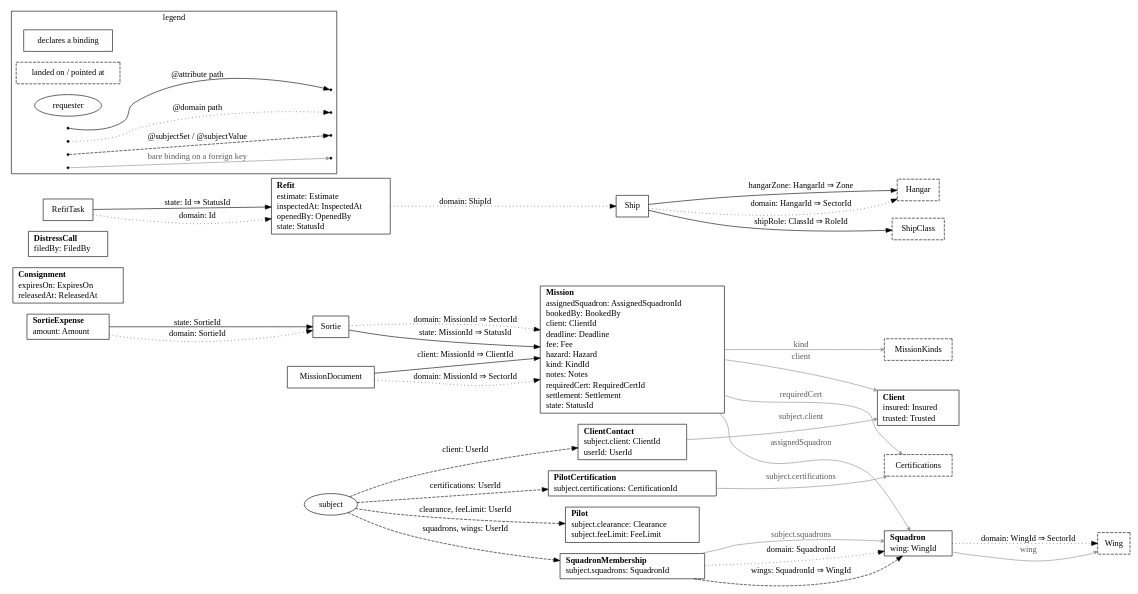
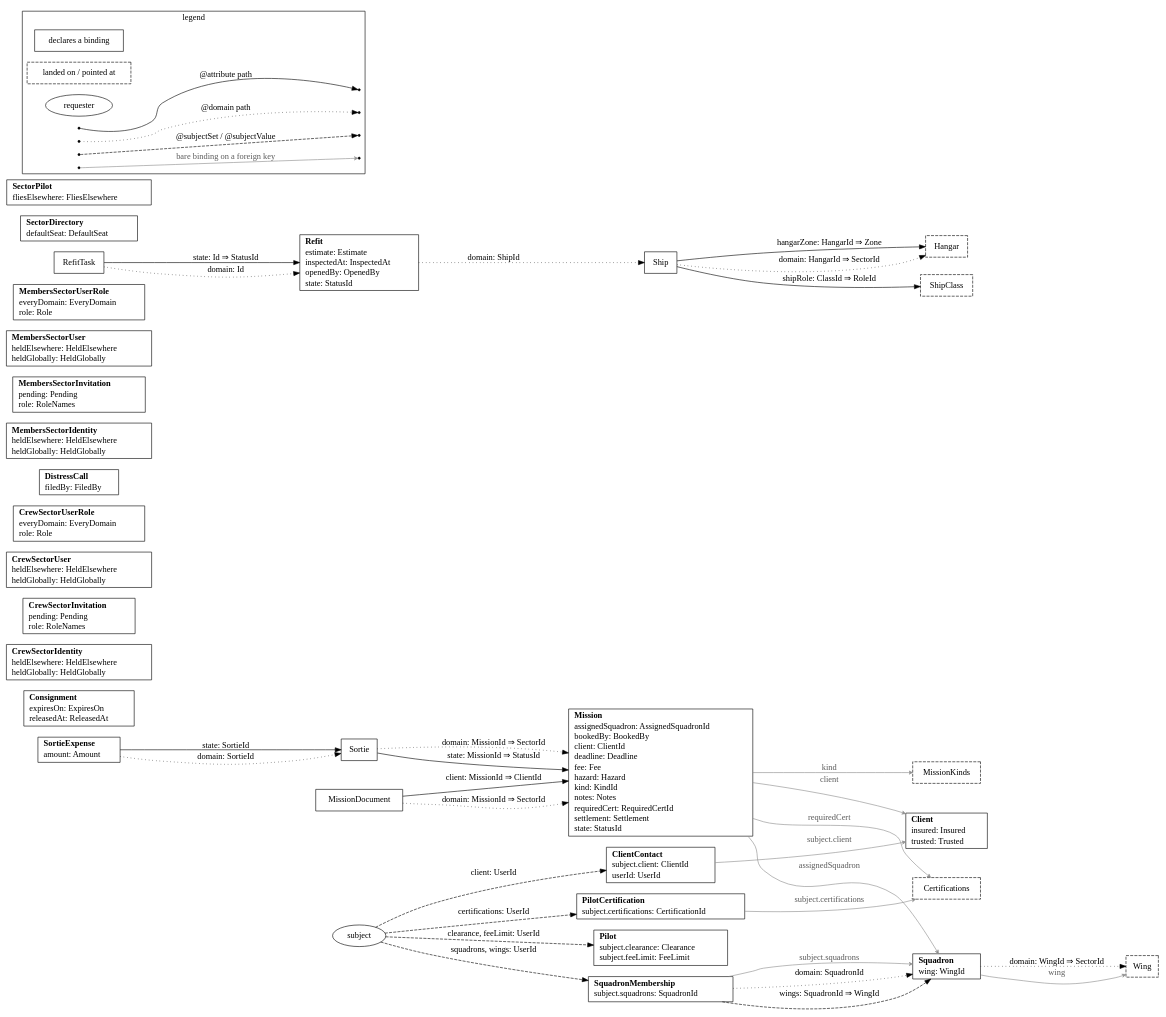
Before and after one commit to impulseframework/impulse: the diagram in lodestar/pkg/resources/zz_gen_bindings.dot, drawn with Graphviz. The commit also changed 1600 other files, not shown here.

```diff
--- a/lodestar/pkg/resources/zz_gen_bindings.dot
+++ b/lodestar/pkg/resources/zz_gen_bindings.dot
@@ -1,80 +1,90 @@
 // Code generated by resourcegeneration. DO NOT EDIT.
 // Bindings: every attribute and subject binding this package declares. A box per
 // declaring resource lists its bare bindings as `name: column`; dashed boxes are
 // the tables a path lands on or a foreign key points at; the subject ellipse is
 // the requester, entering each anchor once with every name it yields there. One
 // edge per hop, drawn once however many paths share it: solid for @attribute,
 // dotted for @domain, dashed for a subject binding, labeled `name: column` on a
 // continuing hop and `name: column ⇒ column` where the path terminates; a thin
 // grey edge points a bare binding on a foreign key at its table. Facts only: no
 // grant or condition is drawn.
 digraph Bindings {
 	rankdir=LR;
 	node [shape=box];
 	"Client" [label=<<table border="0" cellborder="0" cellspacing="0" cellpadding="1"><tr><td align="left"><b>Client</b></td></tr><tr><td align="left">insured: Insured</td></tr><tr><td align="left">trusted: Trusted</td></tr></table>>];
 	"ClientContact" [label=<<table border="0" cellborder="0" cellspacing="0" cellpadding="1"><tr><td align="left"><b>ClientContact</b></td></tr><tr><td align="left">subject.client: ClientId</td></tr><tr><td align="left">userId: UserId</td></tr></table>>];
 	"Consignment" [label=<<table border="0" cellborder="0" cellspacing="0" cellpadding="1"><tr><td align="left"><b>Consignment</b></td></tr><tr><td align="left">expiresOn: ExpiresOn</td></tr><tr><td align="left">releasedAt: ReleasedAt</td></tr></table>>];
+	"CrewSectorIdentity" [label=<<table border="0" cellborder="0" cellspacing="0" cellpadding="1"><tr><td align="left"><b>CrewSectorIdentity</b></td></tr><tr><td align="left">heldElsewhere: HeldElsewhere</td></tr><tr><td align="left">heldGlobally: HeldGlobally</td></tr></table>>];
+	"CrewSectorInvitation" [label=<<table border="0" cellborder="0" cellspacing="0" cellpadding="1"><tr><td align="left"><b>CrewSectorInvitation</b></td></tr><tr><td align="left">pending: Pending</td></tr><tr><td align="left">role: RoleNames</td></tr></table>>];
+	"CrewSectorUser" [label=<<table border="0" cellborder="0" cellspacing="0" cellpadding="1"><tr><td align="left"><b>CrewSectorUser</b></td></tr><tr><td align="left">heldElsewhere: HeldElsewhere</td></tr><tr><td align="left">heldGlobally: HeldGlobally</td></tr></table>>];
+	"CrewSectorUserRole" [label=<<table border="0" cellborder="0" cellspacing="0" cellpadding="1"><tr><td align="left"><b>CrewSectorUserRole</b></td></tr><tr><td align="left">everyDomain: EveryDomain</td></tr><tr><td align="left">role: Role</td></tr></table>>];
 	"DistressCall" [label=<<table border="0" cellborder="0" cellspacing="0" cellpadding="1"><tr><td align="left"><b>DistressCall</b></td></tr><tr><td align="left">filedBy: FiledBy</td></tr></table>>];
+	"MembersSectorIdentity" [label=<<table border="0" cellborder="0" cellspacing="0" cellpadding="1"><tr><td align="left"><b>MembersSectorIdentity</b></td></tr><tr><td align="left">heldElsewhere: HeldElsewhere</td></tr><tr><td align="left">heldGlobally: HeldGlobally</td></tr></table>>];
+	"MembersSectorInvitation" [label=<<table border="0" cellborder="0" cellspacing="0" cellpadding="1"><tr><td align="left"><b>MembersSectorInvitation</b></td></tr><tr><td align="left">pending: Pending</td></tr><tr><td align="left">role: RoleNames</td></tr></table>>];
+	"MembersSectorUser" [label=<<table border="0" cellborder="0" cellspacing="0" cellpadding="1"><tr><td align="left"><b>MembersSectorUser</b></td></tr><tr><td align="left">heldElsewhere: HeldElsewhere</td></tr><tr><td align="left">heldGlobally: HeldGlobally</td></tr></table>>];
+	"MembersSectorUserRole" [label=<<table border="0" cellborder="0" cellspacing="0" cellpadding="1"><tr><td align="left"><b>MembersSectorUserRole</b></td></tr><tr><td align="left">everyDomain: EveryDomain</td></tr><tr><td align="left">role: Role</td></tr></table>>];
 	"Mission" [label=<<table border="0" cellborder="0" cellspacing="0" cellpadding="1"><tr><td align="left"><b>Mission</b></td></tr><tr><td align="left">assignedSquadron: AssignedSquadronId</td></tr><tr><td align="left">bookedBy: BookedBy</td></tr><tr><td align="left">client: ClientId</td></tr><tr><td align="left">deadline: Deadline</td></tr><tr><td align="left">fee: Fee</td></tr><tr><td align="left">hazard: Hazard</td></tr><tr><td align="left">kind: KindId</td></tr><tr><td align="left">notes: Notes</td></tr><tr><td align="left">requiredCert: RequiredCertId</td></tr><tr><td align="left">settlement: Settlement</td></tr><tr><td align="left">state: StatusId</td></tr></table>>];
 	"MissionDocument";
 	"Pilot" [label=<<table border="0" cellborder="0" cellspacing="0" cellpadding="1"><tr><td align="left"><b>Pilot</b></td></tr><tr><td align="left">subject.clearance: Clearance</td></tr><tr><td align="left">subject.feeLimit: FeeLimit</td></tr></table>>];
 	"PilotCertification" [label=<<table border="0" cellborder="0" cellspacing="0" cellpadding="1"><tr><td align="left"><b>PilotCertification</b></td></tr><tr><td align="left">subject.certifications: CertificationId</td></tr></table>>];
 	"Refit" [label=<<table border="0" cellborder="0" cellspacing="0" cellpadding="1"><tr><td align="left"><b>Refit</b></td></tr><tr><td align="left">estimate: Estimate</td></tr><tr><td align="left">inspectedAt: InspectedAt</td></tr><tr><td align="left">openedBy: OpenedBy</td></tr><tr><td align="left">state: StatusId</td></tr></table>>];
 	"RefitTask";
+	"SectorDirectory" [label=<<table border="0" cellborder="0" cellspacing="0" cellpadding="1"><tr><td align="left"><b>SectorDirectory</b></td></tr><tr><td align="left">defaultSeat: DefaultSeat</td></tr></table>>];
+	"SectorPilot" [label=<<table border="0" cellborder="0" cellspacing="0" cellpadding="1"><tr><td align="left"><b>SectorPilot</b></td></tr><tr><td align="left">fliesElsewhere: FliesElsewhere</td></tr></table>>];
 	"Ship";
 	"Sortie";
 	"SortieExpense" [label=<<table border="0" cellborder="0" cellspacing="0" cellpadding="1"><tr><td align="left"><b>SortieExpense</b></td></tr><tr><td align="left">amount: Amount</td></tr></table>>];
 	"Squadron" [label=<<table border="0" cellborder="0" cellspacing="0" cellpadding="1"><tr><td align="left"><b>Squadron</b></td></tr><tr><td align="left">wing: WingId</td></tr></table>>];
 	"SquadronMembership" [label=<<table border="0" cellborder="0" cellspacing="0" cellpadding="1"><tr><td align="left"><b>SquadronMembership</b></td></tr><tr><td align="left">subject.squadrons: SquadronId</td></tr></table>>];
 	"Certifications" [style=dashed];
 	"Hangar" [style=dashed];
 	"MissionKinds" [style=dashed];
 	"ShipClass" [style=dashed];
 	"Wing" [style=dashed];
 	"subject" [shape=ellipse];
 	"MissionDocument" -> "Mission" [label="client: MissionId ⇒ ClientId"];
 	"RefitTask" -> "Refit" [label="state: Id ⇒ StatusId"];
 	"Ship" -> "Hangar" [label="hangarZone: HangarId ⇒ Zone"];
 	"Ship" -> "ShipClass" [label="shipRole: ClassId ⇒ RoleId"];
 	"Sortie" -> "Mission" [label="state: MissionId ⇒ StatusId"];
 	"SortieExpense" -> "Sortie" [label="state: SortieId"];
 	"MissionDocument" -> "Mission" [style=dotted, label="domain: MissionId ⇒ SectorId"];
 	"Refit" -> "Ship" [style=dotted, label="domain: ShipId"];
 	"RefitTask" -> "Refit" [style=dotted, label="domain: Id"];
 	"Ship" -> "Hangar" [style=dotted, label="domain: HangarId ⇒ SectorId"];
 	"Sortie" -> "Mission" [style=dotted, label="domain: MissionId ⇒ SectorId"];
 	"SortieExpense" -> "Sortie" [style=dotted, label="domain: SortieId"];
 	"Squadron" -> "Wing" [style=dotted, label="domain: WingId ⇒ SectorId"];
 	"SquadronMembership" -> "Squadron" [style=dotted, label="domain: SquadronId"];
 	"SquadronMembership" -> "Squadron" [style=dashed, label="wings: SquadronId ⇒ WingId"];
 	"subject" -> "ClientContact" [style=dashed, label="client: UserId"];
 	"subject" -> "Pilot" [style=dashed, label="clearance, feeLimit: UserId"];
 	"subject" -> "PilotCertification" [style=dashed, label="certifications: UserId"];
 	"subject" -> "SquadronMembership" [style=dashed, label="squadrons, wings: UserId"];
 	"ClientContact" -> "Client" [color=gray55, fontcolor=gray35, arrowhead=vee, arrowsize=0.6, label="subject.client"];
 	"Mission" -> "Certifications" [color=gray55, fontcolor=gray35, arrowhead=vee, arrowsize=0.6, label="requiredCert"];
 	"Mission" -> "Client" [color=gray55, fontcolor=gray35, arrowhead=vee, arrowsize=0.6, label="client"];
 	"Mission" -> "MissionKinds" [color=gray55, fontcolor=gray35, arrowhead=vee, arrowsize=0.6, label="kind"];
 	"Mission" -> "Squadron" [color=gray55, fontcolor=gray35, arrowhead=vee, arrowsize=0.6, label="assignedSquadron"];
 	"PilotCertification" -> "Certifications" [color=gray55, fontcolor=gray35, arrowhead=vee, arrowsize=0.6, label="subject.certifications"];
 	"Squadron" -> "Wing" [color=gray55, fontcolor=gray35, arrowhead=vee, arrowsize=0.6, label="wing"];
 	"SquadronMembership" -> "Squadron" [color=gray55, fontcolor=gray35, arrowhead=vee, arrowsize=0.6, label="subject.squadrons"];
 	subgraph cluster_legend {
 		label="legend";
 		"declares a binding" [shape=box];
 		"landed on / pointed at" [shape=box, style=dashed];
 		"requester" [shape=ellipse];
 		"legend:attribute" [shape=point];
 		"legend:attribute:to" [shape=point];
 		"legend:domain" [shape=point];
 		"legend:domain:to" [shape=point];
 		"legend:subject" [shape=point];
 		"legend:subject:to" [shape=point];
 		"legend:reference" [shape=point];
 		"legend:reference:to" [shape=point];
 		"legend:attribute" -> "legend:attribute:to" [label="@attribute path"];
 		"legend:domain" -> "legend:domain:to" [style=dotted, label="@domain path"];
 		"legend:subject" -> "legend:subject:to" [style=dashed, label="@subjectSet / @subjectValue"];
 		"legend:reference" -> "legend:reference:to" [color=gray55, fontcolor=gray35, arrowhead=vee, arrowsize=0.6, label="bare binding on a foreign key"];
 	}
 }
```
